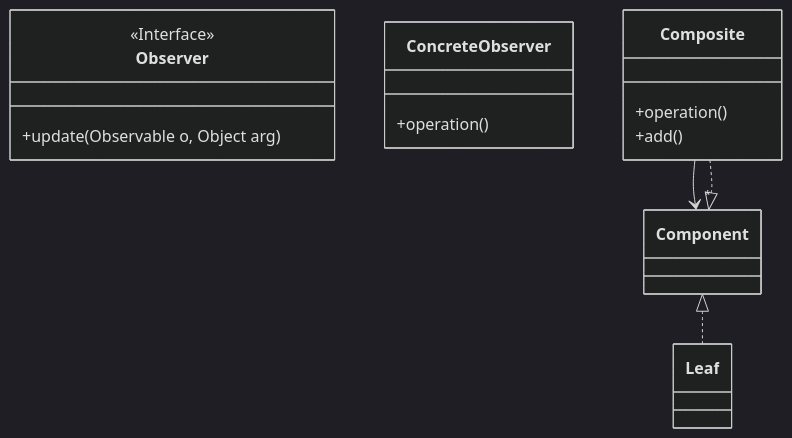
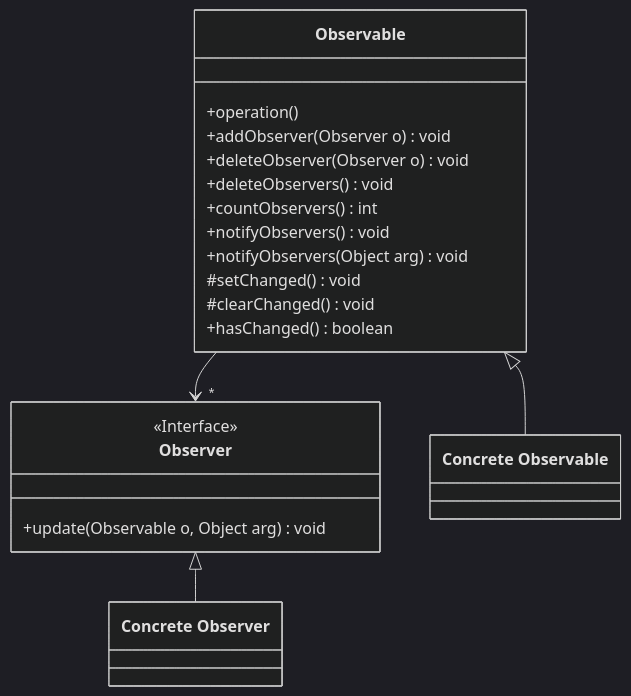
The diagram in patterns/observer/README.md (MohamedLargoYagoubi/Design-Patterns), drawn with Mermaid (dark theme) before and after one commit. The commit also changed other lines of this file, not shown here.

````diff
--- a/patterns/observer/README.md
+++ b/patterns/observer/README.md
@@ -18,25 +18,30 @@
 ```mermaid
 classDiagram
 
 
+
+class  Observable{
+    +operation()
+    +addObserver(Observer o) void
+    +deleteObserver(Observer o) void
+    +deleteObservers() void
+    +countObservers() int
+    +notifyObservers() void
+    +notifyObservers(Object arg) void
+    #setChanged() void
+    #clearChanged() void
+    +hasChanged() boolean
+}
+
+
 class Observer{
     <<Interface>> 
-    +update(Observable o, Object arg)
+    +update(Observable o, Object arg) void
 }
 
-class Concrete Observer{
-    +operation()
-}
+Observable --> "*" Observer
 
-class Composite{
-    +operation()
-    +add()
-}
-
-Component <|.. Leaf
-Component <|.. Composite
-
-Composite --> "*" Component
-
+Observer <|-- `Concrete Observer`
+Observable <|-- `Concrete Observable`
 
 ```
````
